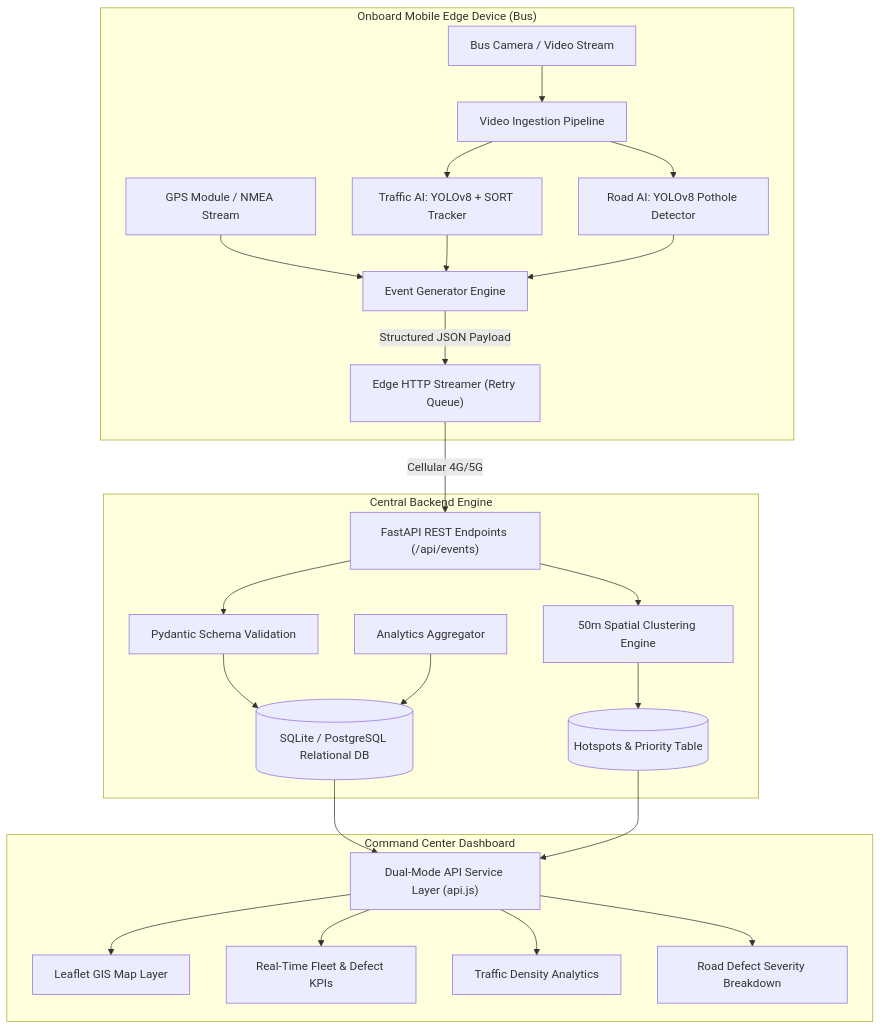
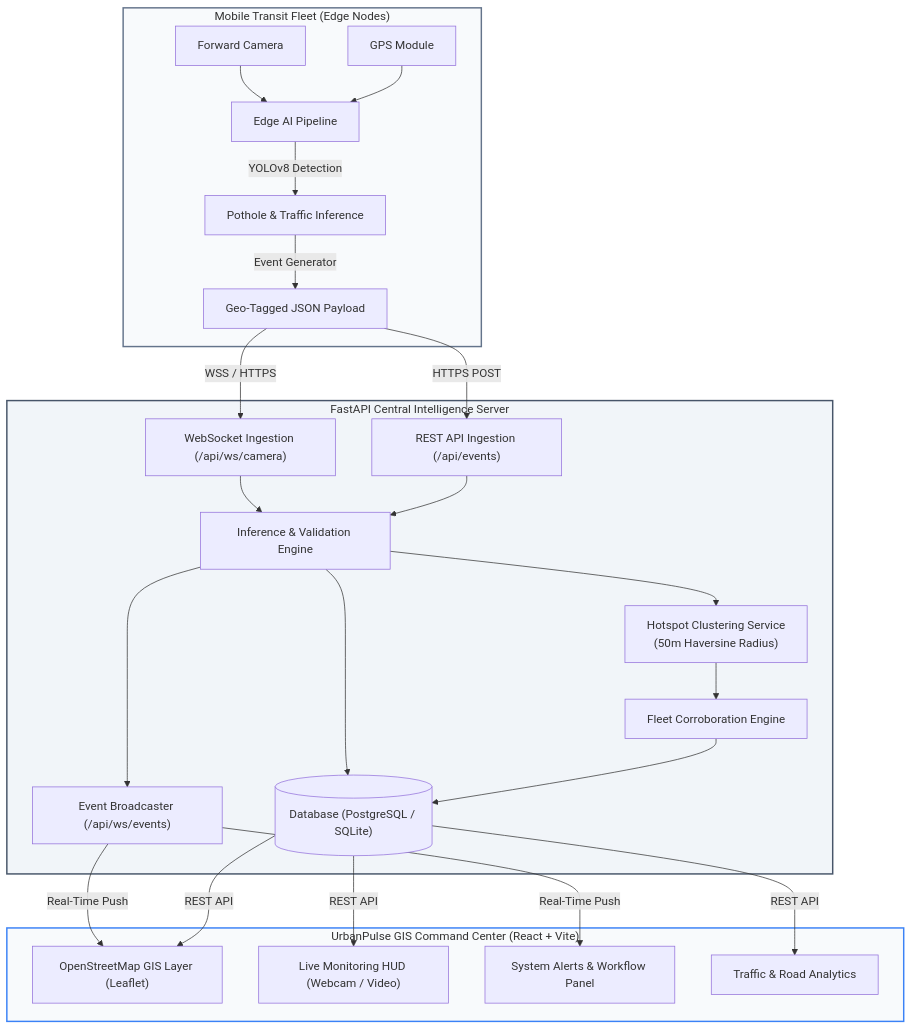
The diagram in README.md (amulyaverse/AI-Powered-Mobile-Urban-Intelligence), drawn with Mermaid before and after one commit. The commit also changed other lines of this file, not shown here.

````diff
--- a/README.md
+++ b/README.md
@@ -90,36 +51,45 @@
 ```mermaid
 flowchart TD
-    subgraph EdgeDevice["Onboard Mobile Edge Device (Bus)"]
-        Cam["Bus Camera / Video Stream"] --> Ingest["Video Ingestion Pipeline"]
-        Ingest --> TrafficModel["Traffic AI: YOLOv8 + SORT Tracker"]
-        Ingest --> RoadModel["Road AI: YOLOv8 Pothole Detector"]
-        GPS["GPS Module / NMEA Stream"] --> EventGen["Event Generator Engine"]
-        TrafficModel --> EventGen
-        RoadModel --> EventGen
-        EventGen -->|Structured JSON Payload| HTTPClient["Edge HTTP Streamer (Retry Queue)"]
+    subgraph Fleet["Mobile Transit Fleet (Edge Nodes)"]
+        CAM["Forward Camera"] --> SENSE["Edge AI Pipeline"]
+        GPS["GPS Module"] --> SENSE
+        SENSE -->|"YOLOv8 Detection"| DETECT["Pothole & Traffic Inference"]
+        DETECT -->|"Event Generator"| PAYLOAD["Geo-Tagged JSON Payload"]
     end
 
-    subgraph CloudBackend["Central Backend Engine"]
-        HTTPClient -->|Cellular 4G/5G| APIRouter["FastAPI REST Endpoints (/api/events)"]
-        APIRouter --> SchemaVal["Pydantic Schema Validation"]
-        SchemaVal --> DB[(SQLite / PostgreSQL Relational DB)]
-        APIRouter --> SpatialCluster["50m Spatial Clustering Engine"]
-        SpatialCluster --> HotspotDB[(Hotspots & Priority Table)]
-        AnalyticsEngine["Analytics Aggregator"] --> DB
+    subgraph Backend["FastAPI Central Intelligence Server"]
+        WS_INGEST["WebSocket Ingestion (/api/ws/camera)"]
+        REST_INGEST["REST API Ingestion (/api/events)"]
+        
+        PAYLOAD -->|"WSS / HTTPS"| WS_INGEST
+        PAYLOAD -->|"HTTPS POST"| REST_INGEST
+        
+        WS_INGEST --> ENGINE["Inference & Validation Engine"]
+        REST_INGEST --> ENGINE
+        
+        ENGINE --> DB[("Database (PostgreSQL / SQLite)")]
+        ENGINE --> HS_SVC["Hotspot Clustering Service\n(50m Haversine Radius)"]
+        
+        HS_SVC --> CORROB["Fleet Corroboration Engine"]
+        CORROB --> DB
+        
+        ENGINE --> WS_BROADCAST["Event Broadcaster (/api/ws/events)"]
     end
 
-    subgraph FrontendApp["Command Center Dashboard"]
-        GISMap["Leaflet GIS Map Layer"]
-        KPICards["Real-Time Fleet & Defect KPIs"]
-        TrafficChart["Traffic Density Analytics"]
-        RoadChart["Road Defect Severity Breakdown"]
-        APIService["Dual-Mode API Service Layer (api.js)"]
+    subgraph Frontend["UrbanPulse GIS Command Center (React + Vite)"]
+        MAP["OpenStreetMap GIS Layer (Leaflet)"]
+        LIVE["Live Monitoring HUD (Webcam / Video)"]
+        ALERTS["System Alerts & Workflow Panel"]
+        ANALYTICS["Traffic & Road Analytics"]
+        
+        WS_BROADCAST -->|"Real-Time Push"| MAP
+        WS_BROADCAST -->|"Real-Time Push"| ALERTS
+        DB -->|"REST API"| MAP
+        DB -->|"REST API"| ANALYTICS
+        DB -->|"REST API"| LIVE
     end
 
-    DB --> APIService
-    HotspotDB --> APIService
-    APIService --> GISMap
-    APIService --> KPICards
-    APIService --> TrafficChart
-    APIService --> RoadChart
+    style Fleet fill:#f8fafc,stroke:#64748b,stroke-width:2px
+    style Backend fill:#f1f5f9,stroke:#475569,stroke-width:2px
+    style Frontend fill:#f8fafc,stroke:#3b82f6,stroke-width:2px
 ```
````
